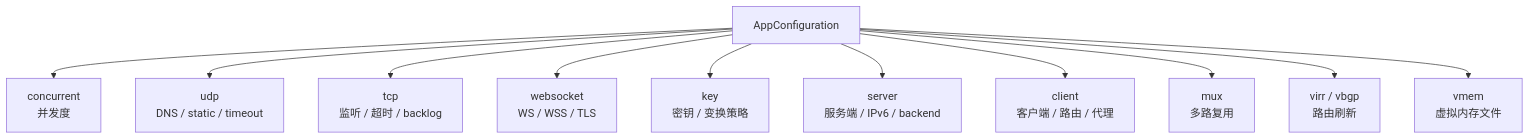
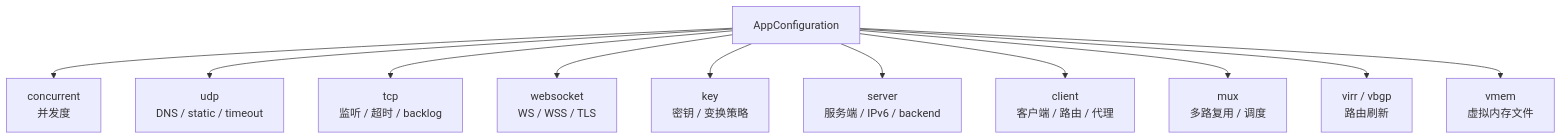
The second of 7 diagrams in docs/CONFIGURATION_CN.md (HyacinthHaru/openppp2), drawn with Mermaid before and after one commit. The commit also changed other lines of this file and 19 other files, not shown here.

First line of the commit message:
feat(mux): add --mux-mode schedulers, flow-v2 per-flow delivery, and debug remote control

````diff
--- a/docs/CONFIGURATION_CN.md
+++ b/docs/CONFIGURATION_CN.md
@@ -72,13 +72,13 @@
 ```mermaid
 graph TD
     APP["AppConfiguration"] --> CONCURRENT["concurrent\n并发度"]
     APP --> UDP["udp\nDNS / static / timeout"]
     APP --> TCP["tcp\n监听 / 超时 / backlog"]
     APP --> WS["websocket\nWS / WSS / TLS"]
     APP --> KEY["key\n密钥 / 变换策略"]
     APP --> SERVER["server\n服务端 / IPv6 / backend"]
     APP --> CLIENT["client\n客户端 / 路由 / 代理"]
-    APP --> MUX["mux\n多路复用"]
+    APP --> MUX["mux\n多路复用 / 调度"]
     APP --> VIRR["virr / vbgp\n路由刷新"]
     APP --> VMEM["vmem\n虚拟内存文件"]
 ```
````
